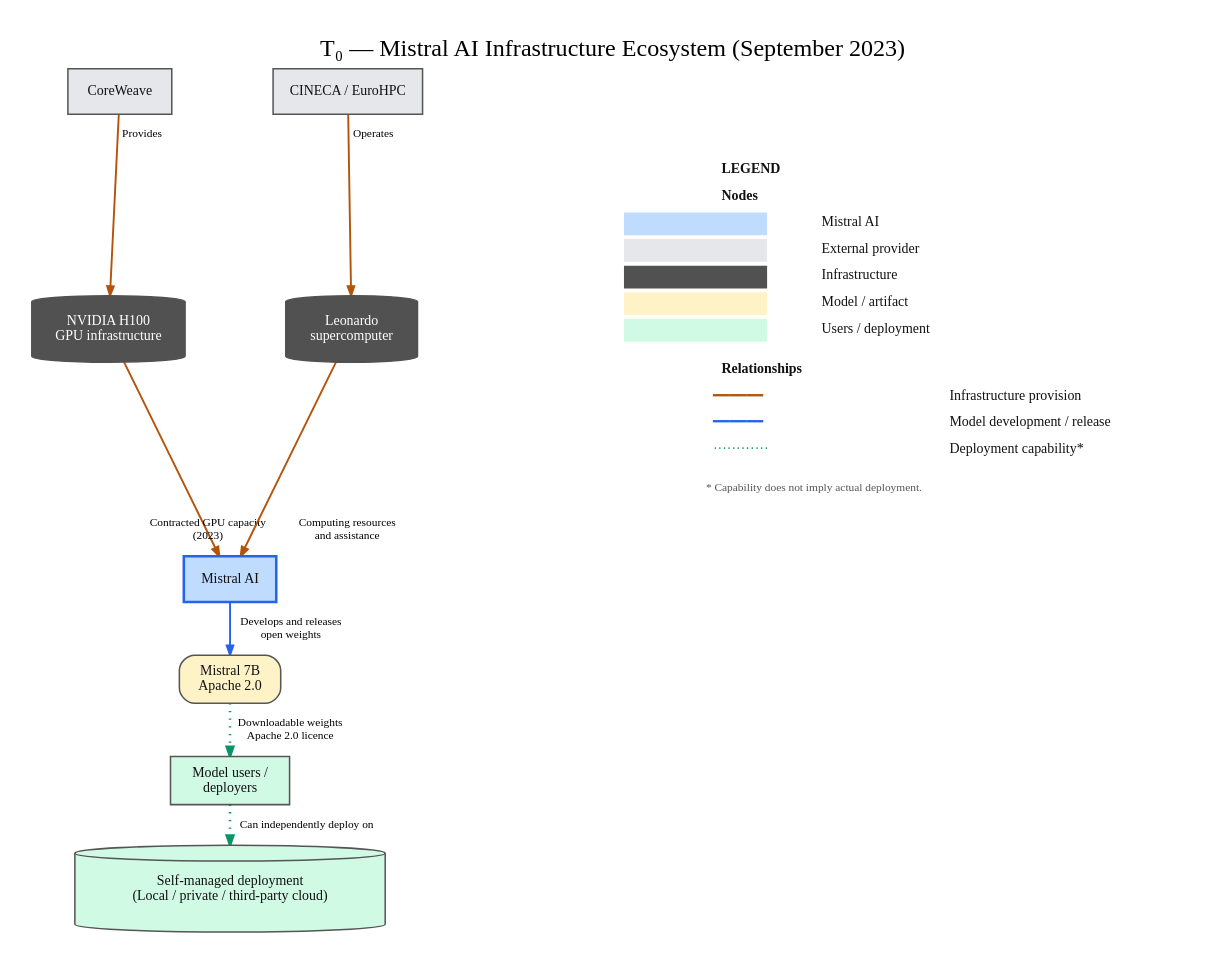
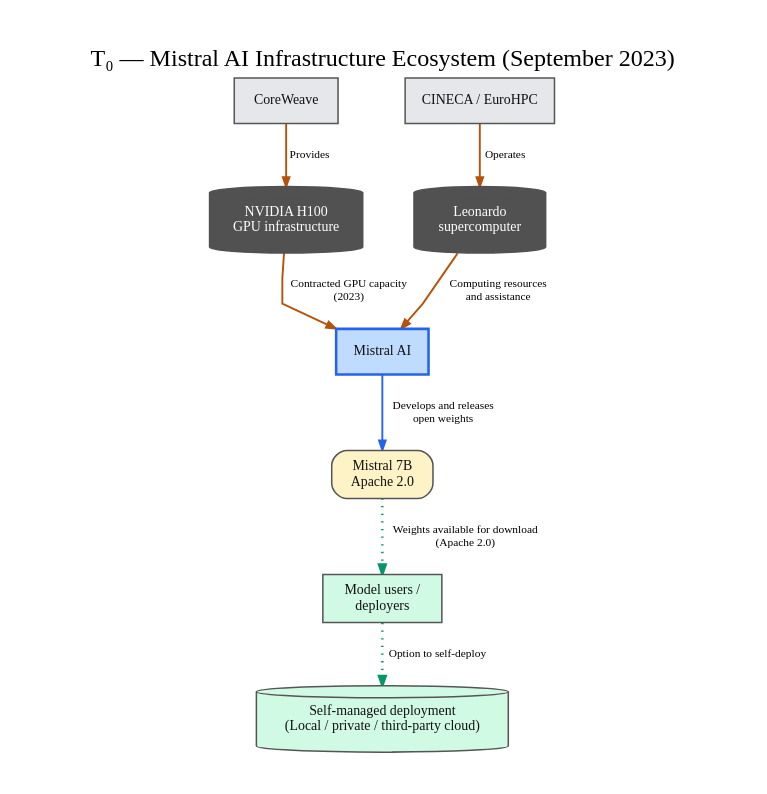
The diagram in src/graphviz-01-snapshot-T0.dot (shjiemon/mistral-technographic-snapshots), drawn with Graphviz before and after one commit. The commit also changed 4 other files, not shown here.

Commit message:
Refactor of Graphviz DOT files for Mistral AI Infrastructure Ecosystem to streamline node definitions and relationships, ensuring consistency with original design and sync with source data in Google Sheet.

```diff
--- a/src/graphviz-01-snapshot-T0.dot
+++ b/src/graphviz-01-snapshot-T0.dot
@@ -1,238 +1,35 @@
 digraph Mistral_T0 {
     // ========================================
-    // GRAPH SETTINGS
+    // GRAPH SETTINGS — consistent with original DOT files
     // ========================================
-    
-    graph [label = "T₀ — Mistral AI Infrastructure Ecosystem (September 2023)"; labelloc = t; fontsize = 19; fontname = "Bitter"; rankdir = TB; bgcolor = "white"; nodesep = 0.55; ranksep = 0.30; splines = line; pad = 0.25; outputorder = edgesfirst; newrank = true;];
-    
-    node [fontname = "Bitter"; fontsize = 11; style = filled; color = "#555555"; fontcolor = "#111111"; penwidth = 1.2; margin = "0.16,0.10";];
-    
-    edge [fontname = "Bitter"; fontsize = 9; arrowsize = 0.75; penwidth = 1.5;];
-    
+    graph [label="T₀ — Mistral AI Infrastructure Ecosystem (September 2023)", labelloc=t, fontsize=19, fontname="Bitter", rankdir=TB, bgcolor="white", nodesep=0.55, ranksep=0.55, splines=polyline, pad=0.35, outputorder=edgesfirst, newrank=true];
+    node [fontname="Bitter", fontsize=11, style=filled, color="#555555", fontcolor="#111111", penwidth=1.2, margin="0.16,0.10"];
+    edge [fontname="Bitter", fontsize=9, arrowsize=0.75, penwidth=1.5];
+
     // ========================================
-    // ACTORS
+    // NODES — corresponding to submitted diagram
     // ========================================
-    
-    CoreWeave [label = "CoreWeave";shape = box;fillcolor = "#E5E7EB";];
-    
-    CINECA [label = "CINECA / EuroHPC";shape = box;fillcolor = "#E5E7EB";];
-    
-    Mistral [label = "Mistral AI";shape = box;fillcolor = "#BFDBFE";color = "#2563EB";penwidth = 2;];
-    
-    Users [label = "Model users /\ndeployers";shape = box;fillcolor = "#D1FAE5";];
-    
+    CoreWeave [label="CoreWeave", shape=box, fillcolor="#E5E7EB"];
+    CINECA [label="CINECA / EuroHPC", shape=box, fillcolor="#E5E7EB"];
+    H100 [label="NVIDIA H100\nGPU infrastructure", shape=cylinder, fillcolor="#515151", fontcolor="white", color="#515151"];
+    Leonardo [label="Leonardo\nsupercomputer", shape=cylinder, fillcolor="#515151", fontcolor="white", color="#515151"];
+    Mistral [label="Mistral AI", shape=box, fillcolor="#BFDBFE", color="#2563EB", penwidth=2];
+    OpenUsers [label="Model users /\ndeployers", shape=box, fillcolor="#D1FAE5"];
+    SelfManaged [label="Self-managed deployment\n(Local / private / third-party cloud)", shape=cylinder, fillcolor="#D1FAE5"];
+    Mistral7B [label="Mistral 7B\nApache 2.0", shape=box, fillcolor="#FEF3C7", style="rounded,filled"];
+
     // ========================================
-    // INFRASTRUCTURE
+    // RELATIONSHIPS — indexed by Google Sheet evidence register
+    // Blue = service; orange = infrastructure; green dotted = capability.
+    // Faded = inferred / historical; orange dashed = planned.
+    // Capability does not imply observed customer deployment.
     // ========================================
-    
-    CoreWeaveGPU [label = "NVIDIA H100\nGPU infrastructure";shape = cylinder;fillcolor = "#515151";fontcolor = "#FFFFFF";color = "#515151";];
-    
-    Leonardo [label = "Leonardo\nsupercomputer";shape = cylinder;fillcolor = "#515151";fontcolor = "#FFFFFF";color = "#515151";];
-    
-    Deployment [label = "Self-managed deployment\n(Local / private / third-party cloud)";shape = cylinder;fillcolor = "#D1FAE5";width = 3.4;margin = "0.25,0.18";];
-    
-    // ========================================
-    // MODEL
-    // ========================================
-    
-    Mistral7B [label = "Mistral 7B\nApache 2.0";shape = box;style = "rounded,filled";fillcolor = "#FEF3C7";];
-    
-    // ========================================
-    // UPSTREAM INFRASTRUCTURE
-    // ========================================
-    
-    CoreWeave -> CoreWeaveGPU [label = "Provides"; color = "#B45309";];
-    
-    
-    
-    
-    CINECA -> Leonardo [label = "Operates"; color = "#B45309";];
-    
-    
-    
-    
-    CoreWeaveGPU -> Mistral [label = "Contracted GPU capacity\n(2023)"; color = "#B45309";];
-    
-    
-    
-    
-    Leonardo -> Mistral [label = "Computing resources\nand assistance"; color = "#B45309";];
-    
-    
-    
-    
-    // ========================================
-    // MODEL DEVELOPMENT AND RELEASE
-    // ========================================
-    
-    Mistral -> Mistral7B [label = "Develops and releases\nopen weights"; color = "#2563EB";];
-    
-    
-    
-    
-    // ========================================
-    // DOWNSTREAM DEPLOYMENT
-    // ========================================
-    
-    Mistral7B -> Users [label = "Downloadable weights\nApache 2.0 licence"; style = dotted; color = "#059669"; penwidth = 2;];
-    
-    
-    
-    
-    
-    
-    Users -> Deployment [label = "Can independently deploy on"; style = dotted; color = "#059669"; penwidth = 2;];
-    
-    
-    
-    
-    
-    
-    // ========================================
-    // NETWORK LAYOUT
-    // ========================================
-    
-    subgraph {
-        rank = same;
-        CoreWeave;
-        CINECA;
-    }
-    subgraph {
-        rank = same;
-        CoreWeaveGPU;
-        Leonardo;
-    }
-    
-    CoreWeave -> CINECA [style = invis; weight = 10;];
-    
-    
-    
-    
-    CoreWeaveGPU -> Leonardo [style = invis; weight = 10;];
-    
-    
-    
-    
-    // ========================================
-    // SIDEBAR LEGEND
-    // ========================================
-    
-    subgraph LegendGroup {
-        graph [rank = same;];
-        
-        Legend [shape = plain;style = "";margin = 0;fontname = "Bitter";label = <
-            <TABLE BORDER="0"
-            CELLBORDER="0"
-            CELLSPACING="3"
-            CELLPADDING="3">
-            <TR>
-            <TD COLSPAN="3" ALIGN="LEFT">
-            <FONT FACE="Bitter">
-            <B>LEGEND</B>
-            </FONT>
-            </TD>
-            </TR>
-            <TR>
-            <TD COLSPAN="3" ALIGN="LEFT">
-            <FONT FACE="Bitter">
-            <B>Nodes</B>
-            </FONT>
-            </TD>
-            </TR>
-            <TR>
-            <TD BGCOLOR="#BFDBFE" WIDTH="16" HEIGHT="14"></TD>
-            <TD ALIGN="LEFT" COLSPAN="2">
-            <FONT FACE="Bitter">Mistral AI</FONT>
-            </TD>
-            </TR>
-            <TR>
-            <TD BGCOLOR="#E5E7EB"></TD>
-            <TD ALIGN="LEFT" COLSPAN="2">
-            <FONT FACE="Bitter">External provider</FONT>
-            </TD>
-            </TR>
-            <TR>
-            <TD BGCOLOR="#515151"></TD>
-            <TD ALIGN="LEFT" COLSPAN="2">
-            <FONT FACE="Bitter">Infrastructure</FONT>
-            </TD>
-            </TR>
-            <TR>
-            <TD BGCOLOR="#FEF3C7"></TD>
-            <TD ALIGN="LEFT" COLSPAN="2">
-            <FONT FACE="Bitter">Model / artifact</FONT>
-            </TD>
-            </TR>
-            <TR>
-            <TD BGCOLOR="#D1FAE5"></TD>
-            <TD ALIGN="LEFT" COLSPAN="2">
-            <FONT FACE="Bitter">Users / deployment</FONT>
-            </TD>
-            </TR>
-            <TR>
-            <TD COLSPAN="3" HEIGHT="8"></TD>
-            </TR>
-            <TR>
-            <TD COLSPAN="3" ALIGN="LEFT">
-            <FONT FACE="Bitter">
-            <B>Relationships</B>
-            </FONT>
-            </TD>
-            </TR>
-            <TR>
-            <TD COLSPAN="2" ALIGN="LEFT">
-            <FONT FACE="Bitter" COLOR="#B45309">
-            ━━━━━━
-            </FONT>
-            </TD>
-            <TD ALIGN="LEFT">
-            <FONT FACE="Bitter">Infrastructure provision</FONT>
-            </TD>
-            </TR>
-            <TR>
-            <TD COLSPAN="2" ALIGN="LEFT">
-            <FONT FACE="Bitter" COLOR="#2563EB">
-            ━━━━━━
-            </FONT>
-            </TD>
-            <TD ALIGN="LEFT">
-            <FONT FACE="Bitter">Model development / release</FONT>
-            </TD>
-            </TR>
-            <TR>
-            <TD COLSPAN="2" ALIGN="LEFT">
-            <FONT FACE="Bitter" COLOR="#059669">
-            ············
-            </FONT>
-            </TD>
-            <TD ALIGN="LEFT">
-            <FONT FACE="Bitter">Deployment capability*</FONT>
-            </TD>
-            </TR>
-            <TR>
-            <TD COLSPAN="3" HEIGHT="6"></TD>
-            </TR>
-            <TR>
-            <TD COLSPAN="3" ALIGN="LEFT">
-            <FONT FACE="Bitter" POINT-SIZE="9" COLOR="#555555">
-            * Capability does not imply actual deployment.
-            </FONT>
-            </TD>
-            </TR>
-            </TABLE>
-            >;];
-    }
-    
-    // ========================================
-    // LEGEND POSITIONING
-    // ========================================
-    
-    subgraph {
-        rank = same;
-        CoreWeaveGPU;
-        Leonardo;
-        Legend;
-    }
-    
-    Leonardo -> Legend [style = invis; weight = 0; minlen = 2; constraint = false;];
+    CoreWeave -> H100 [label="Provides", color="#B45309"];
+    CINECA -> Leonardo [label="Operates", color="#B45309"];
+    H100 -> Mistral [label="Contracted GPU capacity\n(2023)", color="#B45309"];
+    Leonardo -> Mistral [label="Computing resources\nand assistance", color="#B45309"];
+    Mistral -> Mistral7B [label="Develops and releases\nopen weights", color="#2563EB"];
+    Mistral7B -> OpenUsers [label="Weights available for download\n(Apache 2.0)", color="#059669", style=dotted, penwidth=2];
+    OpenUsers -> SelfManaged [label="Option to self-deploy", color="#059669", style=dotted, penwidth=2];
+
 }
```
